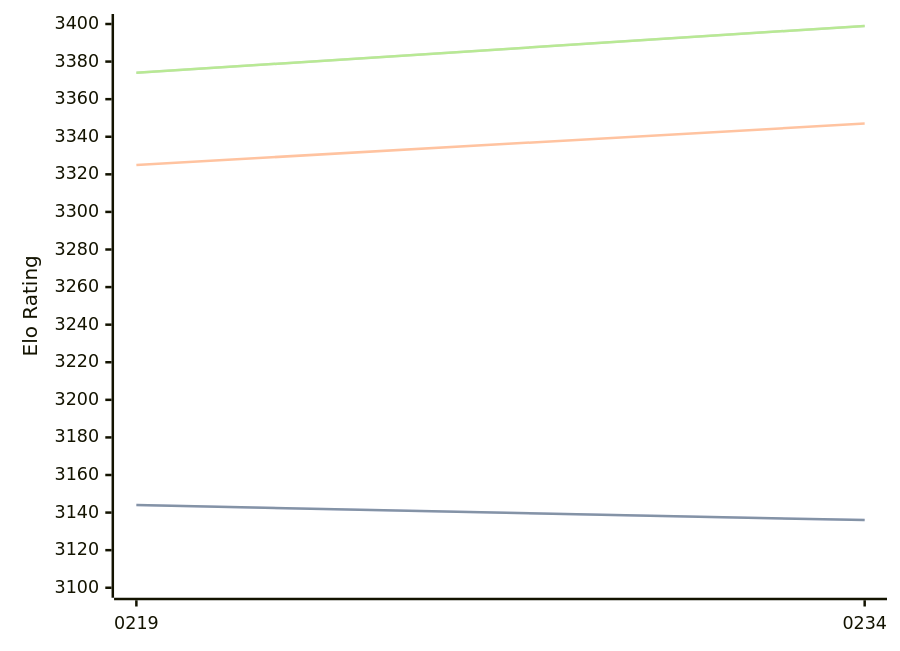
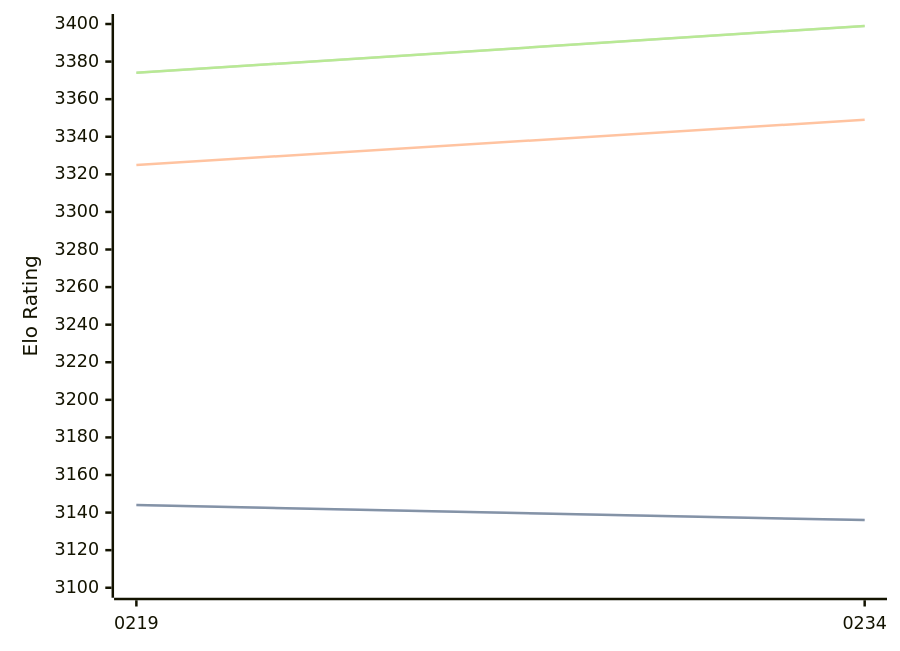
One commit to computer-chess-index/cci changed the diagram in engines/Ynode.md. Above: the diagram before and after it, drawn with Mermaid. The commit also changed other lines of this file, not shown here.

````diff
--- a/engines/Ynode.md
+++ b/engines/Ynode.md
@@ -32,11 +32,11 @@
 ```mermaid
 %%{init: {"theme":"base","themeVariables":{"seriesColors:['#a3a3a3','#222221','#faa371']}}}%%
 xychart-beta
   x-axis ["0219", "0234"]
   y-axis "Elo Rating" 3100 --> 3400
   line "" [3144, 3136]
   line "STC (8.0+0.08s)" [3144, 3136]
-  line "LTC (60.0+0.60s)" [3325, 3347]
+  line "LTC (60.0+0.60s)" [3325, 3349]
   line "" [3374, 3399]
   line "VLTC (2m24s+1.12s)" [3374, 3399]
 ```
````
